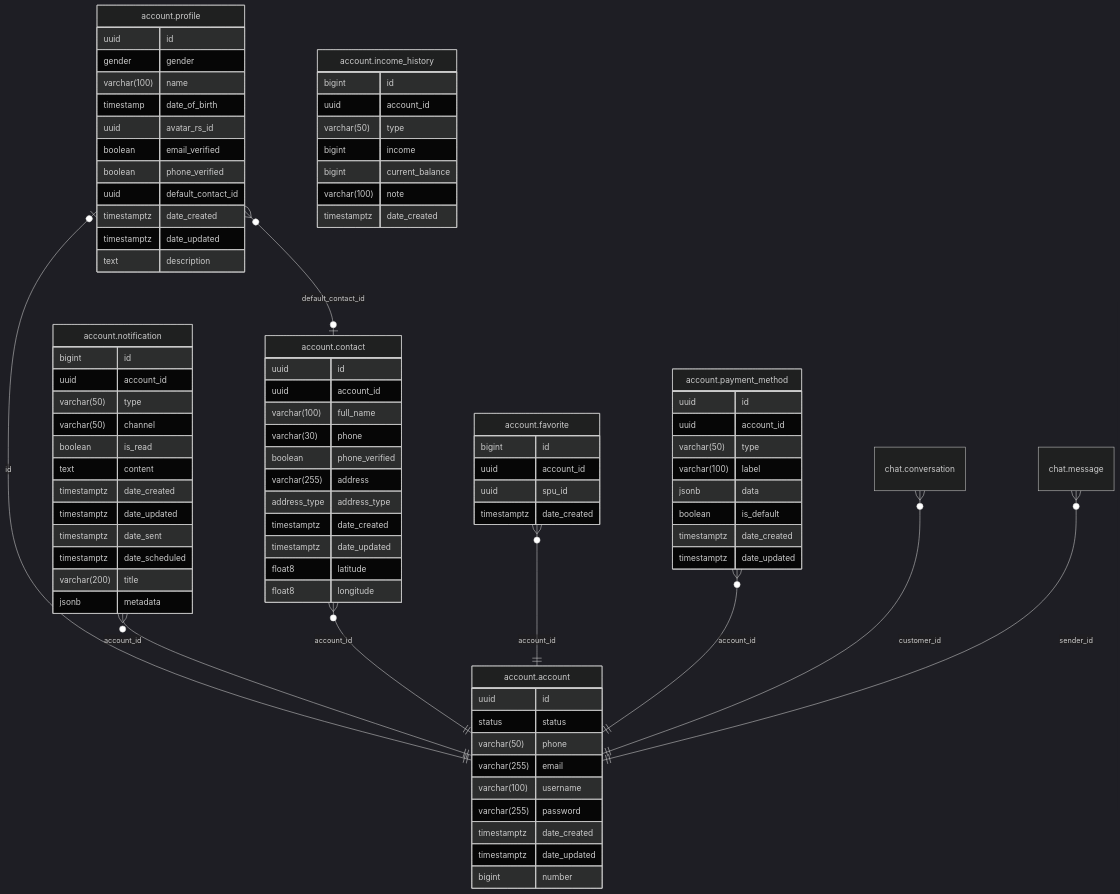
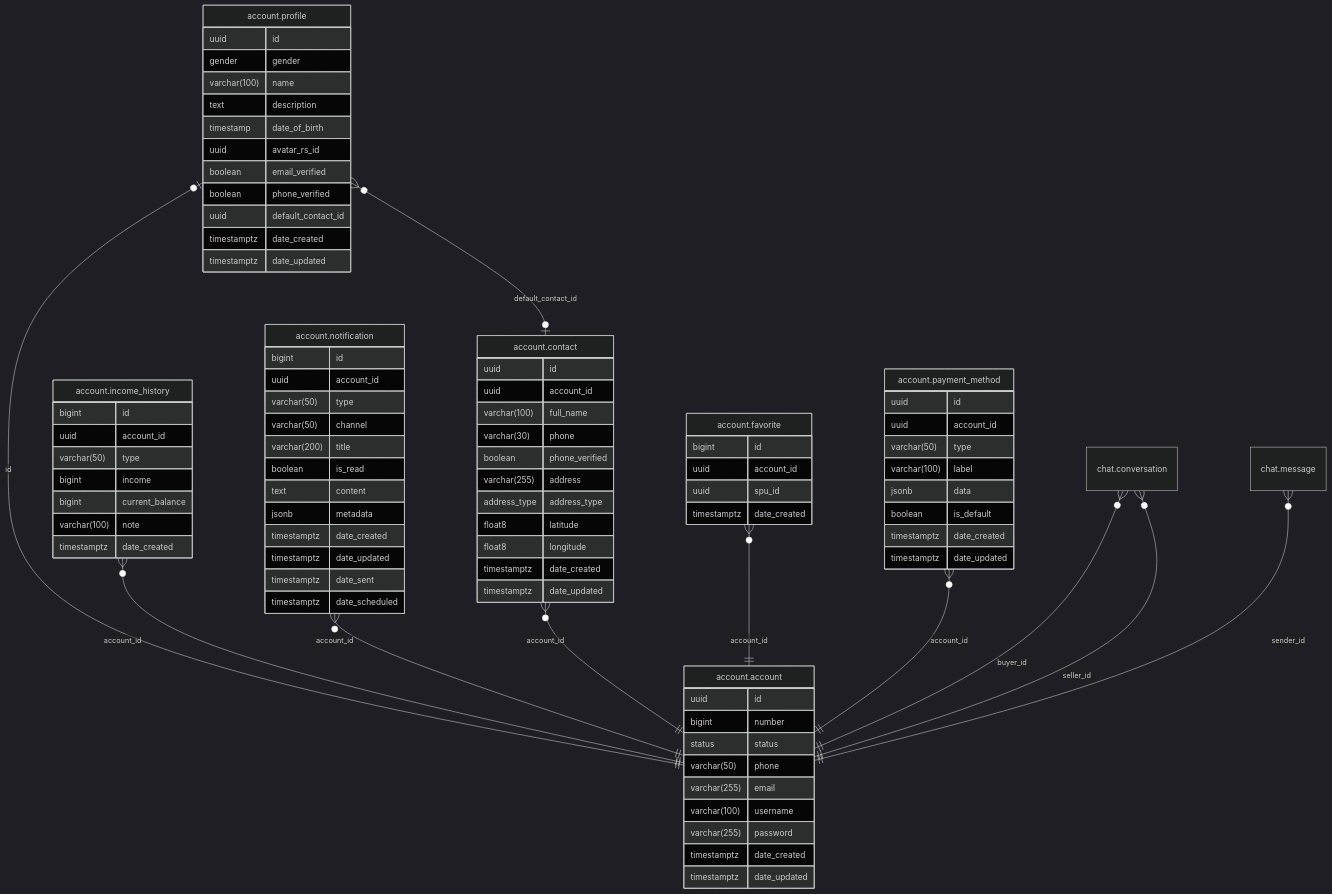
One commit to shopnexus/shopnexus-server changed the diagram in internal/module/account/README.md. Above: the diagram before and after it, drawn with Mermaid (dark theme). The commit also changed 7 other files, not shown here.

````diff
--- a/internal/module/account/README.md
+++ b/internal/module/account/README.md
@@ -13,15 +13,18 @@
 erDiagram
 "account.profile" |o--|| "account.account" : "id"
 "account.profile" }o--|o "account.contact" : "default_contact_id"
+"account.income_history" }o--|| "account.account" : "account_id"
 "account.notification" }o--|| "account.account" : "account_id"
 "account.contact" }o--|| "account.account" : "account_id"
 "account.favorite" }o--|| "account.account" : "account_id"
 "account.payment_method" }o--|| "account.account" : "account_id"
-"chat.conversation" }o--|| "account.account" : "customer_id"
+"chat.conversation" }o--|| "account.account" : "buyer_id"
+"chat.conversation" }o--|| "account.account" : "seller_id"
 "chat.message" }o--|| "account.account" : "sender_id"
 
 "account.account" {
   uuid id
+  bigint number
   status status
   varchar(50) phone
   varchar(255) email
@@ -29,7 +32,6 @@
   varchar(255) password
   timestamptz date_created
   timestamptz date_updated
-  bigint number
 }
 "account.contact" {
   uuid id
@@ -39,10 +41,10 @@
   boolean phone_verified
   varchar(255) address
   address_type address_type
+  float8 latitude
+  float8 longitude
   timestamptz date_created
   timestamptz date_updated
-  float8 latitude
-  float8 longitude
 }
 "account.favorite" {
   bigint id
@@ -64,14 +66,14 @@
   uuid account_id
   varchar(50) type
   varchar(50) channel
+  varchar(200) title
   boolean is_read
   text content
+  jsonb metadata
   timestamptz date_created
   timestamptz date_updated
   timestamptz date_sent
   timestamptz date_scheduled
-  varchar(200) title
-  jsonb metadata
 }
 "account.payment_method" {
   uuid id
@@ -87,6 +89,7 @@
   uuid id
   gender gender
   varchar(100) name
+  text description
   timestamp date_of_birth
   uuid avatar_rs_id
   boolean email_verified
@@ -94,6 +97,5 @@
   uuid default_contact_id
   timestamptz date_created
   timestamptz date_updated
-  text description
 }
 ```
````
